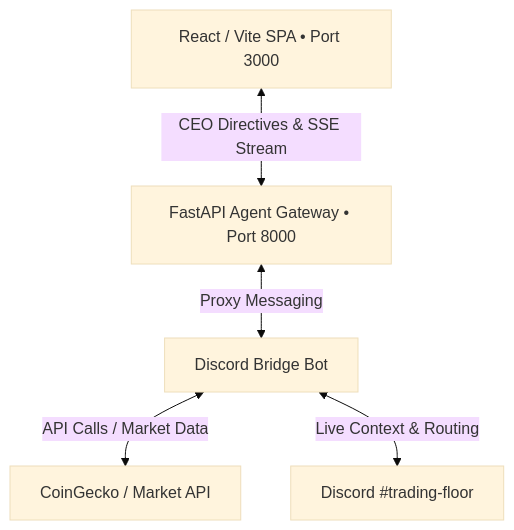
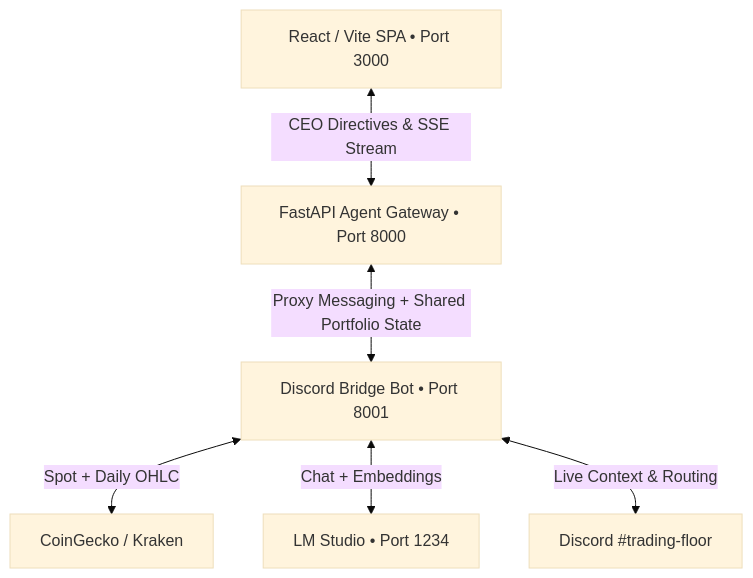
The diagram in README.md (Servation/ottr-hft-quant-cockpit), drawn with Mermaid (base theme) before and after one commit. The commit also changed other lines of this file, not shown here.

````diff
--- a/README.md
+++ b/README.md
@@ -30,7 +33,8 @@
 ```mermaid
 graph TD
     UI[React / Vite SPA • Port 3000] <-->|CEO Directives & SSE Stream| PY[FastAPI Agent Gateway • Port 8000]
-    PY <-->|Proxy Messaging| DB[Discord Bridge Bot]
-    DB <-->|API Calls / Market Data| CG[CoinGecko / Market API]
+    PY <-->|Proxy Messaging + Shared Portfolio State| DB[Discord Bridge Bot • Port 8001]
+    DB <-->|Spot + Daily OHLC| CG[CoinGecko / Kraken]
+    DB <-->|Chat + Embeddings| LM[LM Studio • Port 1234]
     DB <-->|Live Context & Routing| DIS[Discord #trading-floor]
 ```
````
